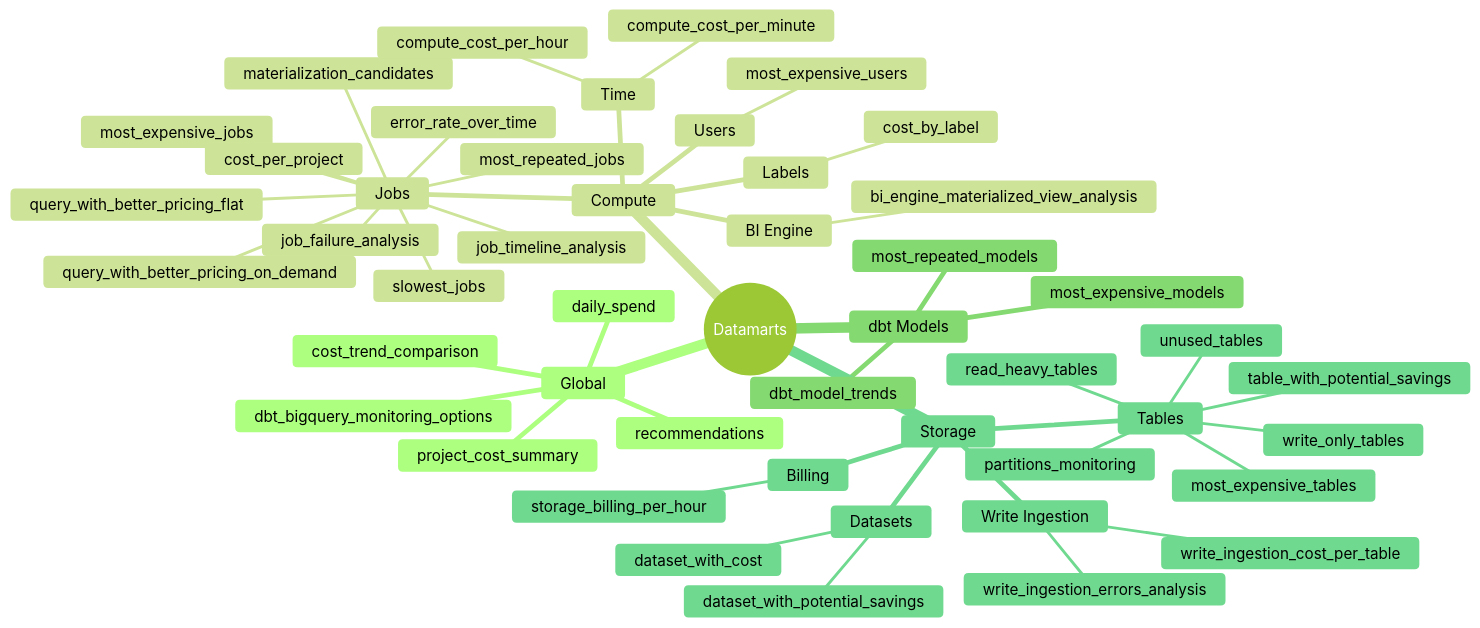
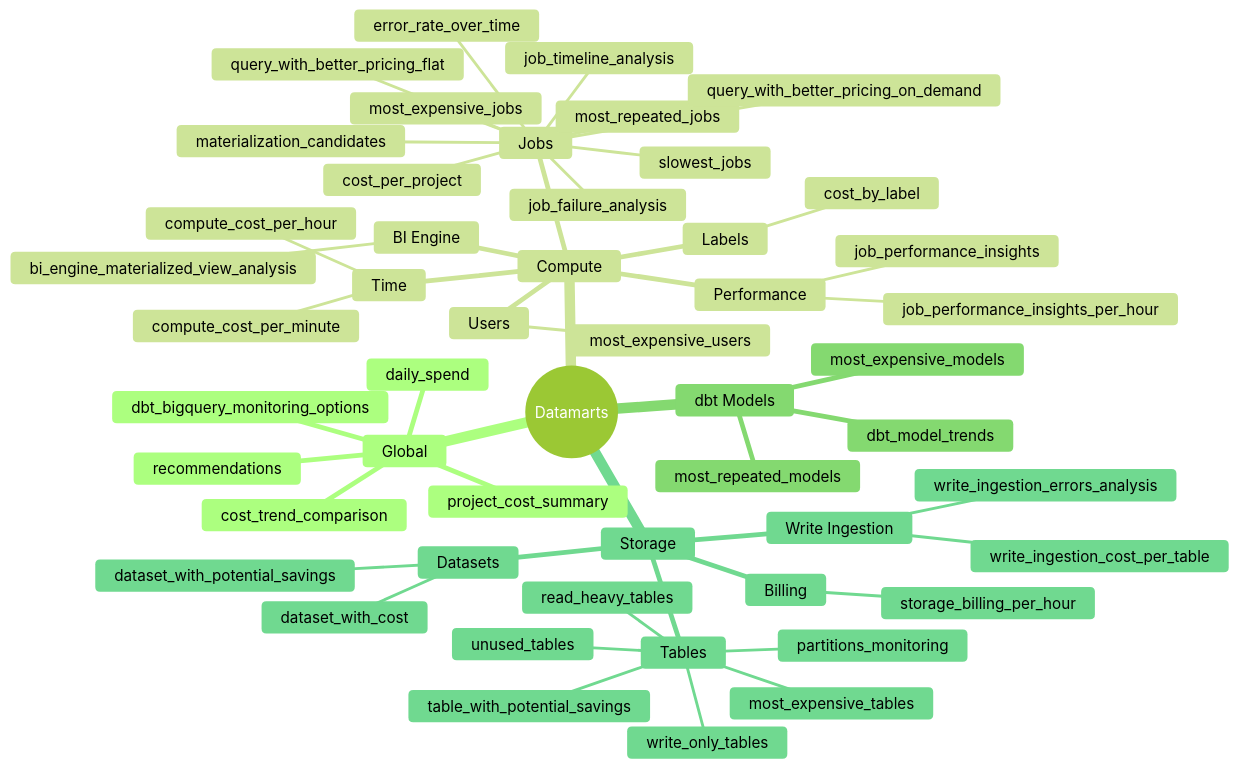
The diagram in docs/datamarts.md (bqbooster/dbt-bigquery-monitoring), drawn with Mermaid (forest theme) before and after one commit. The commit also changed other lines of this file and 11 other files, not shown here.

First line of the commit message:
Add incremental job performance insight models.

````diff
--- a/docs/datamarts.md
+++ b/docs/datamarts.md
@@ -11,51 +11,54 @@
 ```mermaid
 mindmap
   root((Datamarts))
     Global
       daily_spend
       cost_trend_comparison
       project_cost_summary
       recommendations
       dbt_bigquery_monitoring_options
     Compute
       Jobs
         most_expensive_jobs
         slowest_jobs
         most_repeated_jobs
         job_failure_analysis
         error_rate_over_time
         job_timeline_analysis
         materialization_candidates
         cost_per_project
         query_with_better_pricing_flat
         query_with_better_pricing_on_demand
       Users
         most_expensive_users
       Time
         compute_cost_per_hour
         compute_cost_per_minute
       Labels
         cost_by_label
       BI Engine
         bi_engine_materialized_view_analysis
+      Performance
+        job_performance_insights
+        job_performance_insights_per_hour
     dbt Models
       most_expensive_models
       most_repeated_models
       dbt_model_trends
     Storage
       Tables
         most_expensive_tables
         unused_tables
         write_only_tables
         read_heavy_tables
         partitions_monitoring
         table_with_potential_savings
       Datasets
         dataset_with_cost
         dataset_with_potential_savings
       Write Ingestion
         write_ingestion_cost_per_table
         write_ingestion_errors_analysis
       Billing
         storage_billing_per_hour
 ```
````
